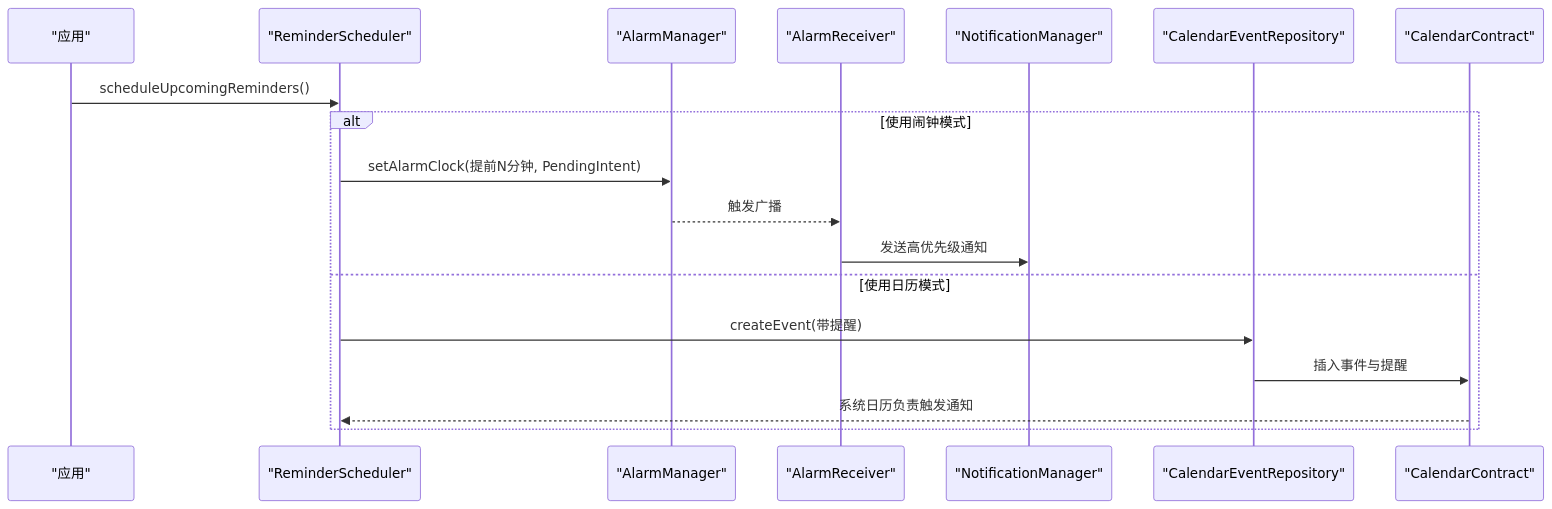
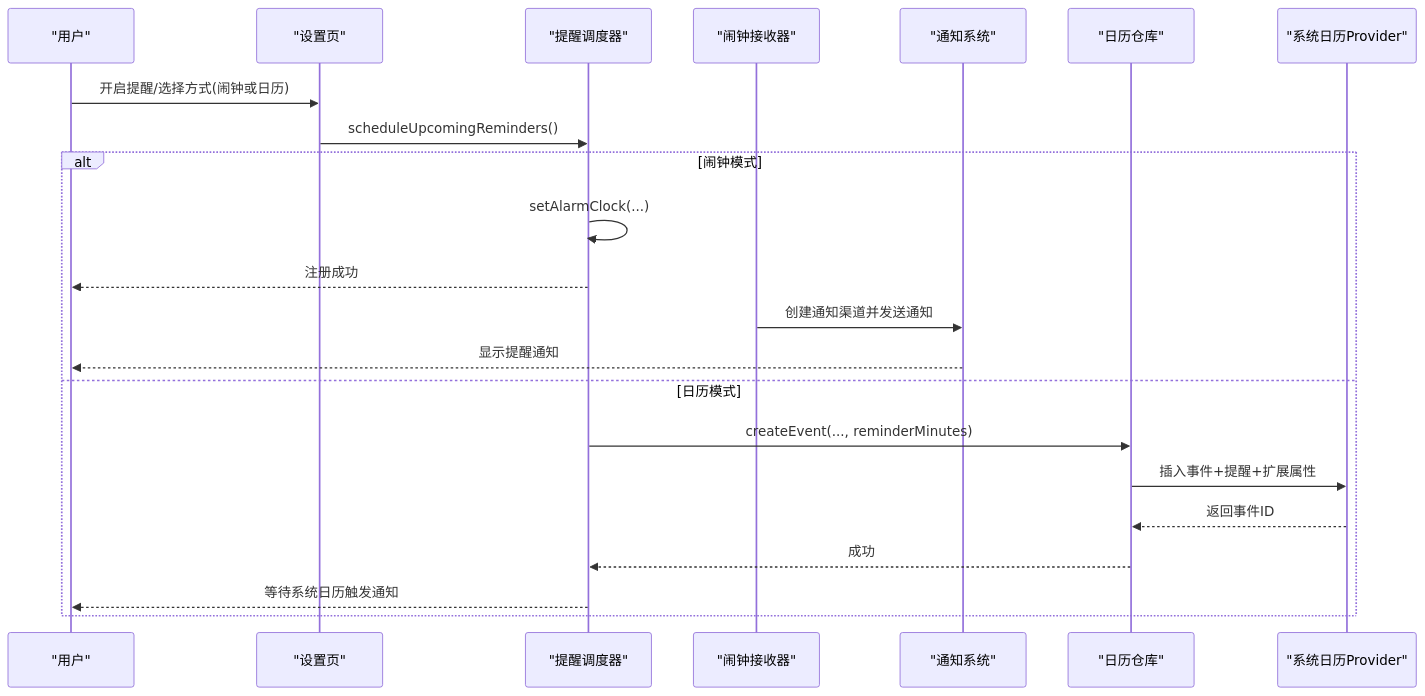
One commit to xiaobai860/paibanrili changed the second of 7 diagrams in .qoder/repowiki/zh/content/系统集成/系统集成.md. Above: the diagram before and after it, drawn with Mermaid. The commit also changed other lines of this file and 245 other files, not shown here.

````diff
--- a/.qoder/repowiki/zh/content/系统集成/系统集成.md
+++ b/.qoder/repowiki/zh/content/系统集成/系统集成.md
@@ -117,20 +98,24 @@
 ```mermaid
 sequenceDiagram
-participant App as "应用"
-participant RS as "ReminderScheduler"
-participant AM as "AlarmManager"
-participant AR as "AlarmReceiver"
-participant NM as "NotificationManager"
-participant CR as "CalendarEventRepository"
-participant CC as "CalendarContract"
-App->>RS : scheduleUpcomingReminders()
-alt 使用闹钟模式
-RS->>AM : setAlarmClock(提前N分钟, PendingIntent)
-AM-->>AR : 触发广播
-AR->>NM : 发送高优先级通知
-else 使用日历模式
-RS->>CR : createEvent(带提醒)
-CR->>CC : 插入事件与提醒
-CC-->>RS : 系统日历负责触发通知
+participant User as "用户"
+participant Settings as "设置页"
+participant Scheduler as "提醒调度器"
+participant Alarm as "闹钟接收器"
+participant Notif as "通知系统"
+participant Repo as "日历仓库"
+participant Provider as "系统日历Provider"
+User->>Settings : 开启提醒/选择方式(闹钟或日历)
+Settings->>Scheduler : scheduleUpcomingReminders()
+alt 闹钟模式
+Scheduler->>Scheduler : setAlarmClock(...)
+Scheduler-->>User : 注册成功
+Alarm->>Notif : 创建通知渠道并发送通知
+Notif-->>User : 显示提醒通知
+else 日历模式
+Scheduler->>Repo : createEvent(..., reminderMinutes)
+Repo->>Provider : 插入事件+提醒+扩展属性
+Provider-->>Repo : 返回事件ID
+Repo-->>Scheduler : 成功
+Scheduler-->>User : 等待系统日历触发通知
 end
 ```
````
